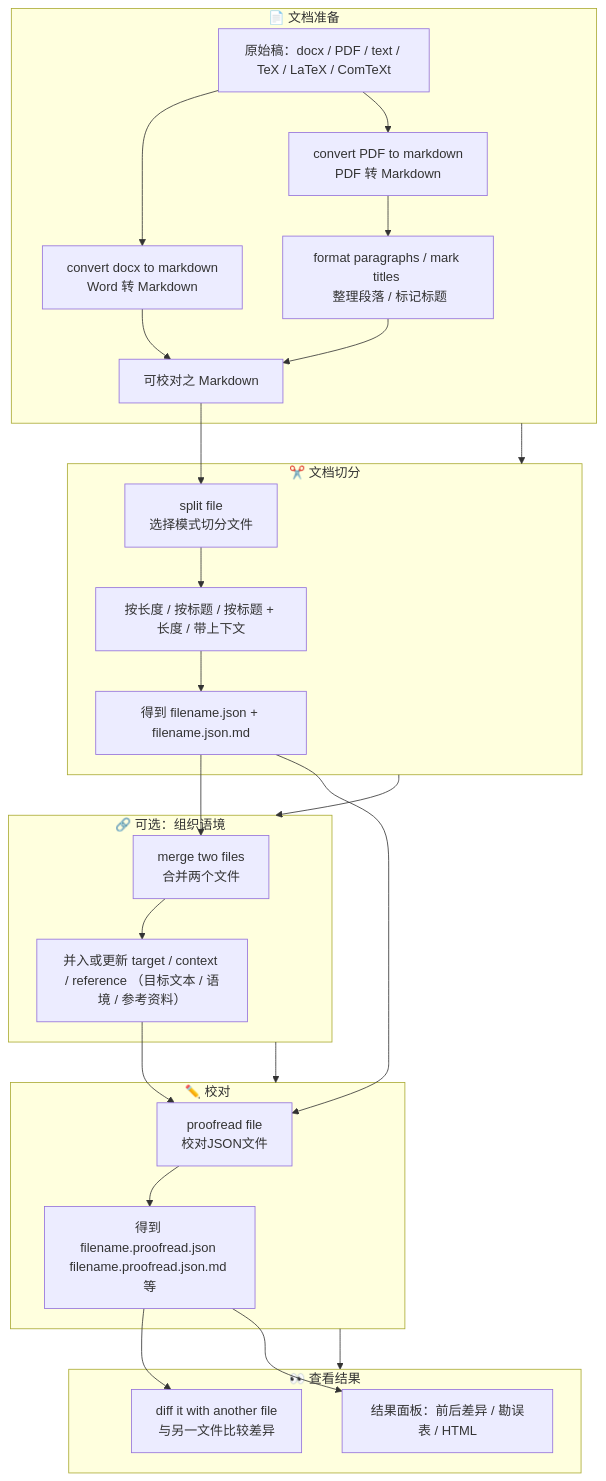
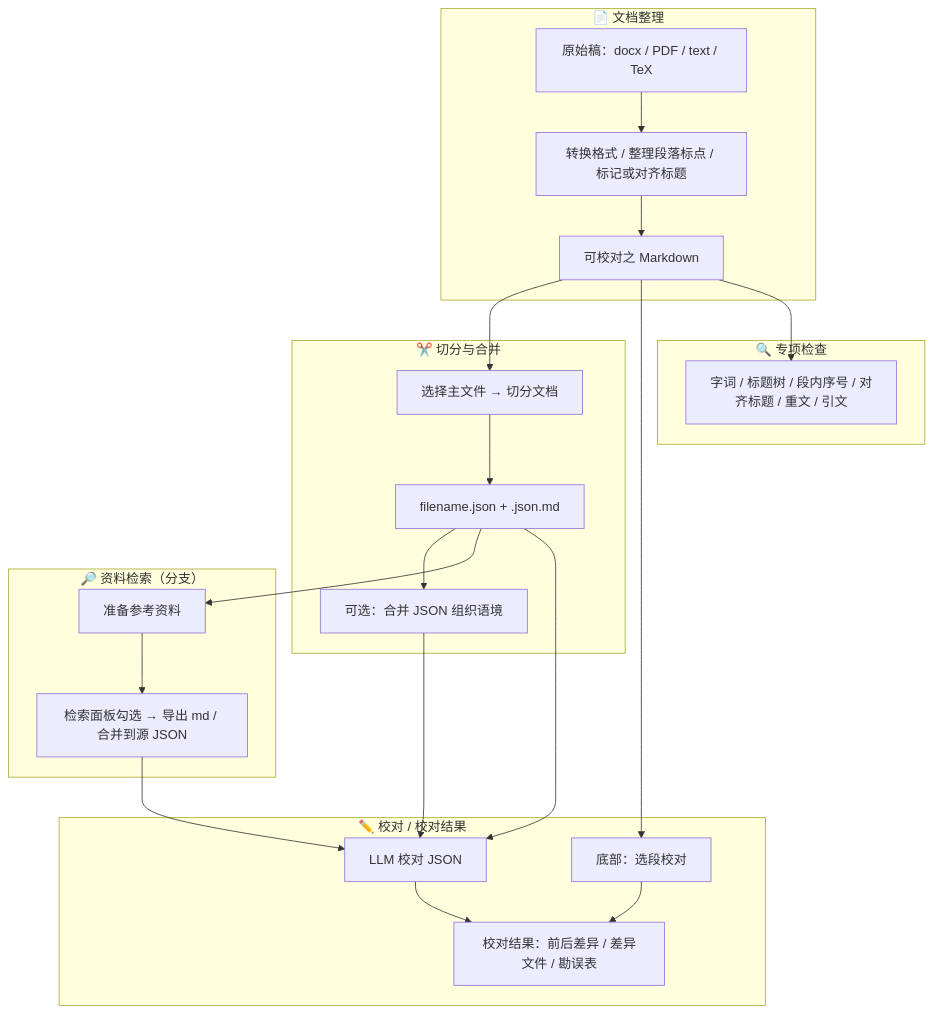
Before and after one commit to Fusyong/ai-proofread-vscode-extension: the second of 5 diagrams in docs/commands-cheatsheet.md, drawn with Mermaid. The commit also changed other lines of this file and 3 other files, not shown here.

````diff
--- a/docs/commands-cheatsheet.md
+++ b/docs/commands-cheatsheet.md
@@ -157,42 +166,33 @@
 ```mermaid
 flowchart TB
-    subgraph 准备["📄 文档准备"]
-        A["原始稿：docx / PDF / text / TeX / LaTeX / ComTeXt"]
-        B["convert docx to markdown <br> Word 转 Markdown"]
-        C["convert PDF to markdown <br> PDF 转 Markdown"]
-        D["format paragraphs / mark titles <br> 整理段落 / 标记标题"]
-        E["可校对之 Markdown"]
-        A --> B
-        A --> C
-        B --> E
-        C --> D
-        D --> E
+    subgraph 整理["📄 文档整理"]
+        A["原始稿：docx / PDF / text / TeX"]
+        B["转换格式 / 整理段落标点 / 标记或对齐标题"]
+        C["可校对之 Markdown"]
+        A --> B --> C
     end
 
-    subgraph 切分["✂️ 文档切分"]
-        E --> F["split file <br> 选择模式切分文件"]
-        F --> G["按长度 / 按标题 / 按标题 + 长度 / 带上下文"]
-        G --> H["得到 filename.json + filename.json.md"]
+    subgraph 切分合并["✂️ 切分与合并"]
+        C --> D["选择主文件 → 切分文档"]
+        D --> E["filename.json + .json.md"]
+        E --> F["可选：合并 JSON 组织语境"]
     end
 
-    subgraph 语境["🔗 可选：组织语境"]
-        H --> I["merge two files <br> 合并两个文件"]
-        I --> J["并入或更新 target / context / reference （目标文本 / 语境 / 参考资料）"]
+    subgraph 检索["🔎 资料检索（分支）"]
+        E --> G["准备参考资料"]
+        G --> H["检索面板勾选 → 导出 md / 合并到源 JSON"]
     end
 
-    subgraph 校对["✏️ 校对"]
-        J --> K["proofread file <br> 校对JSON文件"]
-        H --> K
-        K --> L["得到 filename.proofread.json filename.proofread.json.md 等"]
+    subgraph 校对结果["✏️ 校对 / 校对结果"]
+        F --> I["LLM 校对 JSON"]
+        H --> I
+        E --> I
+        I --> J["校对结果：前后差异 / 差异文件 / 勘误表"]
+        C --> K["底部：选段校对"]
+        K --> J
     end
 
-    subgraph 查看["👀 查看结果"]
-        L --> M["diff it with another file <br> 与另一文件比较差异"]
-        L --> N["结果面板：前后差异 / 勘误表 / HTML"]
+    subgraph 专项["🔍 专项检查"]
+        C --> L["字词 / 标题树 / 段内序号 / 对齐标题 / 重文 / 引文"]
     end
-
-    准备 --> 切分
-    切分 --> 语境
-    语境 --> 校对
-    校对 --> 查看
 ```
````
